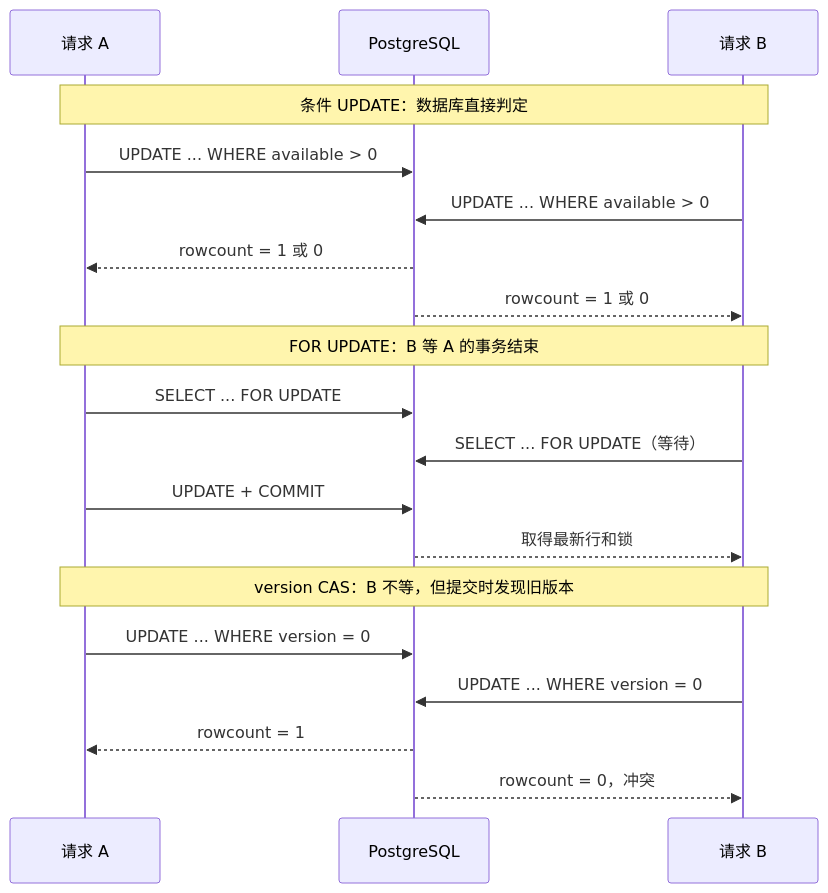
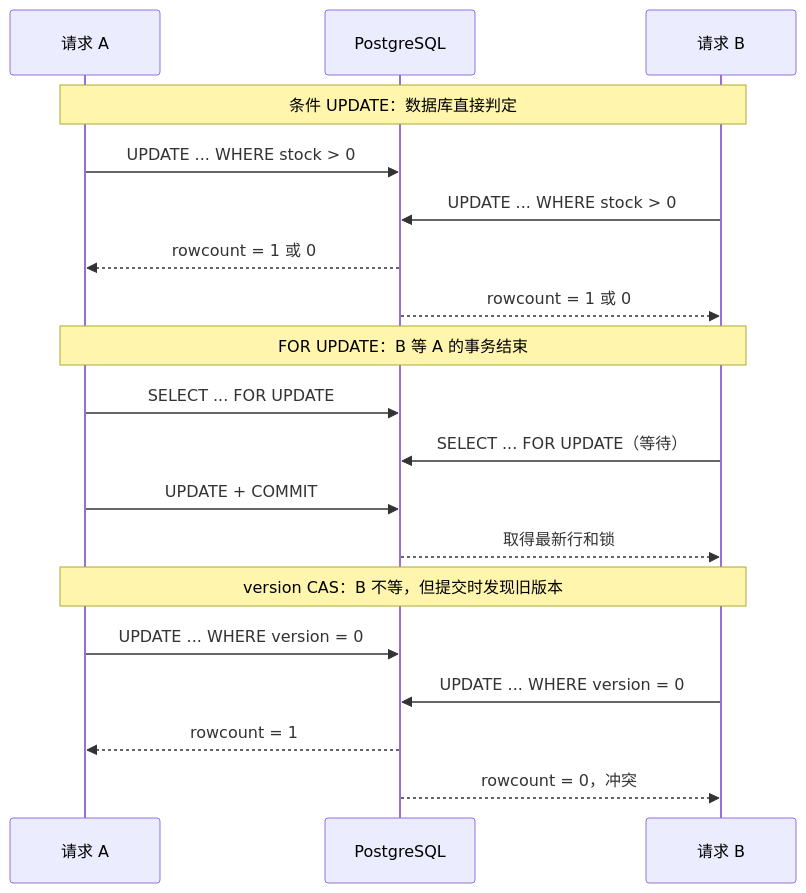
One commit to tianshiyang/ai-lab changed the second of 2 diagrams in 锁教程/概念地图.md. Above: the diagram before and after it, drawn with Mermaid. The commit also changed other lines of this file and 10 other files, not shown here.

````diff
--- a/锁教程/概念地图.md
+++ b/锁教程/概念地图.md
@@ -33,24 +33,24 @@
 ```mermaid
 sequenceDiagram
     participant A as 请求 A
     participant DB as PostgreSQL
     participant B as 请求 B
 
     Note over A,B: 条件 UPDATE：数据库直接判定
-    A->>DB: UPDATE ... WHERE available > 0
-    B->>DB: UPDATE ... WHERE available > 0
+    A->>DB: UPDATE ... WHERE stock > 0
+    B->>DB: UPDATE ... WHERE stock > 0
     DB-->>A: rowcount = 1 或 0
     DB-->>B: rowcount = 1 或 0
 
     Note over A,B: FOR UPDATE：B 等 A 的事务结束
     A->>DB: SELECT ... FOR UPDATE
     B->>DB: SELECT ... FOR UPDATE（等待）
     A->>DB: UPDATE + COMMIT
     DB-->>B: 取得最新行和锁
 
     Note over A,B: version CAS：B 不等，但提交时发现旧版本
     A->>DB: UPDATE ... WHERE version = 0
     B->>DB: UPDATE ... WHERE version = 0
     DB-->>A: rowcount = 1
     DB-->>B: rowcount = 0，冲突
 ```
````
